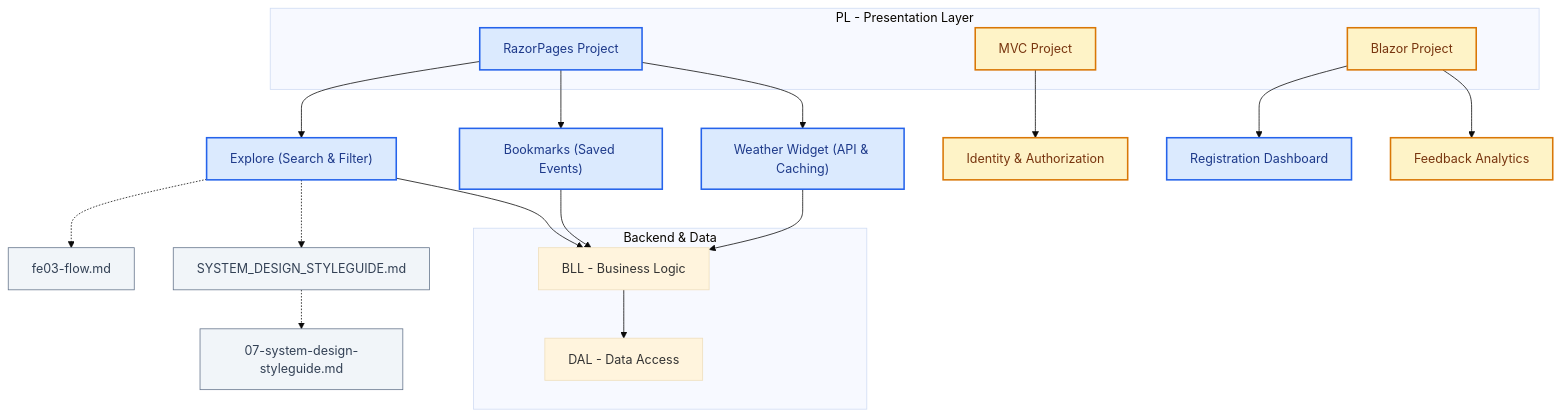
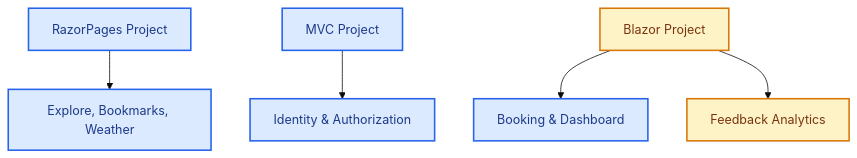
The diagram in .agents/docs/memory-snapshots.md (MinhTCCE190895/EventHub), drawn with Mermaid (base theme) before and after one commit. The commit also changed other lines of this file and 7 other files, not shown here.

Commit message:
style: remove emoji icons from UI views and update styleguide rules

````diff
--- a/.agents/docs/memory-snapshots.md
+++ b/.agents/docs/memory-snapshots.md
@@ -5,53 +5,14 @@
 ```mermaid
 graph TD
-    %% Define Styles
     classDef completed fill:#dbeafe,stroke:#2563eb,stroke-width:2px,color:#1e3a8a;
     classDef pending fill:#fef3c7,stroke:#d97706,stroke-width:2px,color:#78350f;
-    classDef doc fill:#f1f5f9,stroke:#64748b,stroke-width:1px,color:#334155;
 
-    %% Project Layers
-    subgraph PL [PL - Presentation Layer]
-        RP[RazorPages Project]
-        MVC[MVC Project]
-        BZ[Blazor Project]
-    end
+    RP[RazorPages Project]:::completed
+    MVC[MVC Project]:::completed
+    BZ[Blazor Project]:::pending
 
-    subgraph Backend [Backend & Data]
-        BLL[BLL - Business Logic]
-        DAL[DAL - Data Access]
-    end
-
-    RP_Explore["Explore (Search & Filter)"]:::completed
-    RP_Bookmark["Bookmarks (Saved Events)"]:::completed
-    RP_Weather["Weather Widget (API & Caching)"]:::completed
-    MVC_Auth["Identity & Authorization"]:::pending
-    BZ_Dash["Registration Dashboard"]:::completed
-    BZ_Feed["Feedback Analytics"]:::pending
-
-    %% Document Connections
-    SDG["SYSTEM_DESIGN_STYLEGUIDE.md"]:::doc
-    RULES["07-system-design-styleguide.md"]:::doc
-    FLOW["fe03-flow.md"]:::doc
-
-    %% Relationships
-    RP --> RP_Explore
-    RP --> RP_Bookmark
-    RP --> RP_Weather
-    MVC --> MVC_Auth
-    BZ --> BZ_Dash
-    BZ --> BZ_Feed
-
-    RP_Explore -.-> FLOW
-    RP_Explore -.-> SDG
-    SDG -.-> RULES
-
-    RP_Explore --> BLL
-    RP_Bookmark --> BLL
-    RP_Weather --> BLL
-    BLL --> DAL
-
-    %% Apply Classes to main projects
-    RP:::completed
-    MVC:::pending
-    BZ:::pending
+    RP --> RP_Explore["Explore, Bookmarks, Weather"]:::completed
+    MVC --> MVC_Auth["Identity & Authorization"]:::completed
+    BZ --> BZ_Dash["Booking & Dashboard"]:::completed
+    BZ --> BZ_Feed["Feedback Analytics"]:::pending
 ```
````
